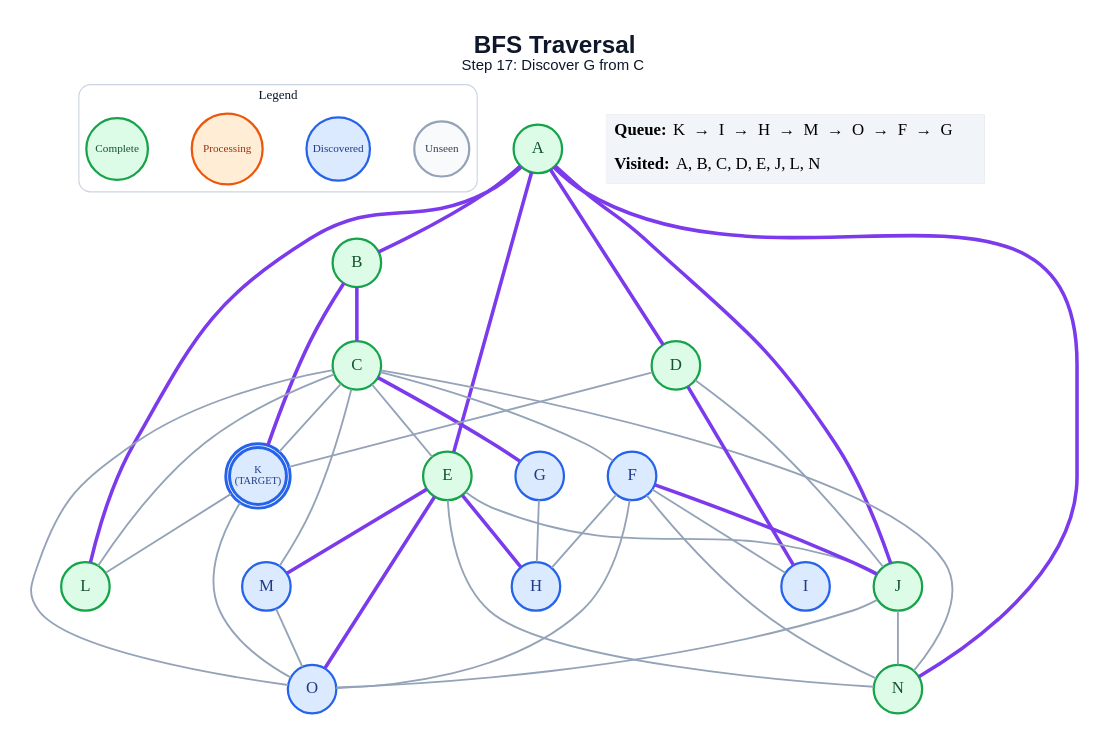
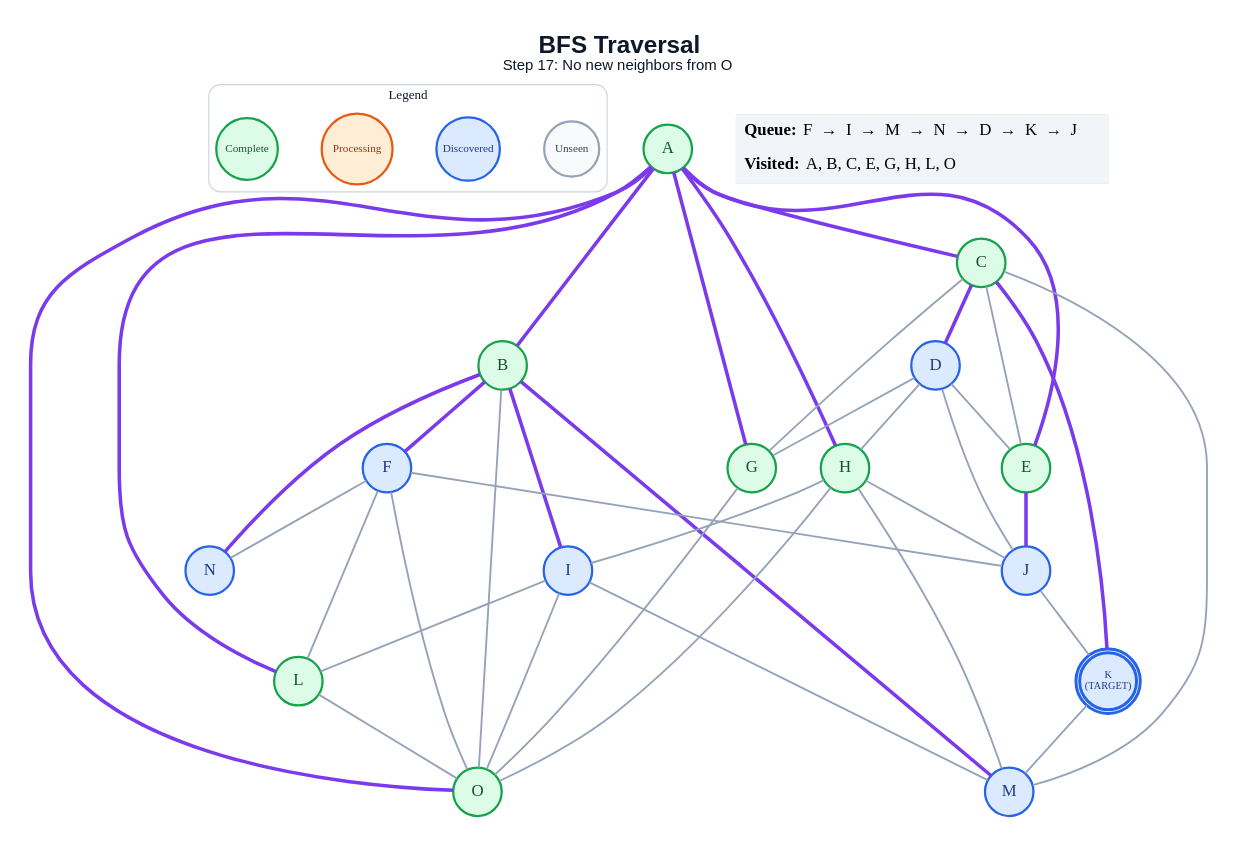
The diagram in generated/specific-node/bfs/step_17.dot (anon7238593-create/ai-slop), drawn with Graphviz before and after one commit. The commit also changed 257 other files, not shown here.

```diff
--- a/generated/specific-node/bfs/step_17.dot
+++ b/generated/specific-node/bfs/step_17.dot
@@ -1,69 +1,71 @@
 graph traversal {
   graph [layout=dot, rankdir=TB, bgcolor="#FFFFFF", pad="0.35", nodesep="0.65", ranksep="0.8", fontname="Arial"];
   node [shape=circle, style="filled", fontname="Arial Bold", fontsize=18, width=0.72, fixedsize=true, penwidth=2.4];
   edge [color="#94A3B8", penwidth=2.0];
-  label=<<B>BFS Traversal</B><BR/><FONT POINT-SIZE="16">Step 17: Discover G from C</FONT>>; labelloc="t"; fontsize=26; fontname="Arial"; fontcolor="#0F172A";
+  label=<<B>BFS Traversal</B><BR/><FONT POINT-SIZE="16">Step 17: No new neighbors from O</FONT>>; labelloc="t"; fontsize=26; fontname="Arial"; fontcolor="#0F172A";
   subgraph cluster_legend { label="Legend"; color="#CBD5E1"; penwidth=1.2; style="rounded"; fontsize=14; fontname="Arial Bold";
     key_unseen [label="Unseen", fillcolor="#F8FAFC", color="#94A3B8", fontcolor="#334155", fontsize=12, width=0.82];
     key_frontier [label="Discovered", fillcolor="#DBEAFE", color="#2563EB", fontcolor="#1E3A8A", fontsize=12, width=0.95];
     key_current [label="Processing", fillcolor="#FFEDD5", color="#EA580C", fontcolor="#9A3412", fontsize=12, width=1.05];
     key_done [label="Complete", fillcolor="#DCFCE7", color="#16A34A", fontcolor="#14532D", fontsize=12, width=0.92];
     { rank=same; key_unseen; key_frontier; key_current; key_done; }
   }
   A [label="A", fillcolor="#DCFCE7", color="#16A34A", fontcolor="#14532D", peripheries=1, penwidth=2.4];
   B [label="B", fillcolor="#DCFCE7", color="#16A34A", fontcolor="#14532D", peripheries=1, penwidth=2.4];
   C [label="C", fillcolor="#DCFCE7", color="#16A34A", fontcolor="#14532D", peripheries=1, penwidth=2.4];
-  D [label="D", fillcolor="#DCFCE7", color="#16A34A", fontcolor="#14532D", peripheries=1, penwidth=2.4];
+  D [label="D", fillcolor="#DBEAFE", color="#2563EB", fontcolor="#1E3A8A", peripheries=1, penwidth=2.4];
   E [label="E", fillcolor="#DCFCE7", color="#16A34A", fontcolor="#14532D", peripheries=1, penwidth=2.4];
   F [label="F", fillcolor="#DBEAFE", color="#2563EB", fontcolor="#1E3A8A", peripheries=1, penwidth=2.4];
-  G [label="G", fillcolor="#DBEAFE", color="#2563EB", fontcolor="#1E3A8A", peripheries=1, penwidth=2.4];
-  H [label="H", fillcolor="#DBEAFE", color="#2563EB", fontcolor="#1E3A8A", peripheries=1, penwidth=2.4];
+  G [label="G", fillcolor="#DCFCE7", color="#16A34A", fontcolor="#14532D", peripheries=1, penwidth=2.4];
+  H [label="H", fillcolor="#DCFCE7", color="#16A34A", fontcolor="#14532D", peripheries=1, penwidth=2.4];
   I [label="I", fillcolor="#DBEAFE", color="#2563EB", fontcolor="#1E3A8A", peripheries=1, penwidth=2.4];
-  J [label="J", fillcolor="#DCFCE7", color="#16A34A", fontcolor="#14532D", peripheries=1, penwidth=2.4];
+  J [label="J", fillcolor="#DBEAFE", color="#2563EB", fontcolor="#1E3A8A", peripheries=1, penwidth=2.4];
   K [label="K\n(TARGET)", fillcolor="#DBEAFE", color="#2563EB", fontcolor="#1E3A8A", peripheries=2, penwidth=3.2, fontsize=11, width=0.85, height=0.85];
   L [label="L", fillcolor="#DCFCE7", color="#16A34A", fontcolor="#14532D", peripheries=1, penwidth=2.4];
   M [label="M", fillcolor="#DBEAFE", color="#2563EB", fontcolor="#1E3A8A", peripheries=1, penwidth=2.4];
-  N [label="N", fillcolor="#DCFCE7", color="#16A34A", fontcolor="#14532D", peripheries=1, penwidth=2.4];
-  O [label="O", fillcolor="#DBEAFE", color="#2563EB", fontcolor="#1E3A8A", peripheries=1, penwidth=2.4];
+  N [label="N", fillcolor="#DBEAFE", color="#2563EB", fontcolor="#1E3A8A", peripheries=1, penwidth=2.4];
+  O [label="O", fillcolor="#DCFCE7", color="#16A34A", fontcolor="#14532D", peripheries=1, penwidth=2.4];
   A -- B [color="#7C3AED", penwidth=3.8];
-  A -- D [color="#7C3AED", penwidth=3.8];
+  A -- C [color="#7C3AED", penwidth=3.8];
   A -- E [color="#7C3AED", penwidth=3.8];
-  A -- J [color="#7C3AED", penwidth=3.8];
+  A -- G [color="#7C3AED", penwidth=3.8];
+  A -- H [color="#7C3AED", penwidth=3.8];
   A -- L [color="#7C3AED", penwidth=3.8];
-  A -- N [color="#7C3AED", penwidth=3.8];
-  B -- C [color="#7C3AED", penwidth=3.8];
-  B -- K [color="#7C3AED", penwidth=3.8];
+  A -- O [color="#7C3AED", penwidth=3.8];
+  B -- F [color="#7C3AED", penwidth=3.8];
+  B -- I [color="#7C3AED", penwidth=3.8];
+  B -- M [color="#7C3AED", penwidth=3.8];
+  B -- N [color="#7C3AED", penwidth=3.8];
+  B -- O;
+  C -- D [color="#7C3AED", penwidth=3.8];
   C -- E;
-  C -- F;
-  C -- G [color="#7C3AED", penwidth=3.8];
-  C -- K;
-  C -- L;
+  C -- G;
+  C -- K [color="#7C3AED", penwidth=3.8];
   C -- M;
-  C -- N;
-  C -- O;
-  D -- I [color="#7C3AED", penwidth=3.8];
+  D -- E;
+  D -- G;
+  D -- H;
   D -- J;
-  D -- K;
-  E -- H [color="#7C3AED", penwidth=3.8];
-  E -- J;
-  E -- M [color="#7C3AED", penwidth=3.8];
-  E -- N;
-  E -- O [color="#7C3AED", penwidth=3.8];
-  F -- H;
-  F -- I;
-  F -- J [color="#7C3AED", penwidth=3.8];
+  E -- J [color="#7C3AED", penwidth=3.8];
+  F -- J;
+  F -- L;
   F -- N;
   F -- O;
-  G -- H;
-  J -- N;
-  J -- O;
-  K -- L;
-  K -- O;
-  M -- O;
+  G -- O;
+  H -- I;
+  H -- J;
+  H -- M;
+  H -- O;
+  I -- L;
+  I -- M;
+  I -- O;
+  J -- K;
+  K -- M;
+  L -- O;
   status [shape=plain, fixedsize=false, width=0, height=0, margin=0, label=<
     <TABLE BORDER="0" CELLBORDER="0" CELLPADDING="7" BGCOLOR="#F1F5F9">
-      <TR><TD ALIGN="LEFT"><B>Queue:</B> K  →  I  →  H  →  M  →  O  →  F  →  G</TD></TR>
-      <TR><TD ALIGN="LEFT"><B>Visited:</B> A, B, C, D, E, J, L, N</TD></TR>
+      <TR><TD ALIGN="LEFT"><B>Queue:</B> F  →  I  →  M  →  N  →  D  →  K  →  J</TD></TR>
+      <TR><TD ALIGN="LEFT"><B>Visited:</B> A, B, C, E, G, H, L, O</TD></TR>
     </TABLE>
   >];
 }
```
